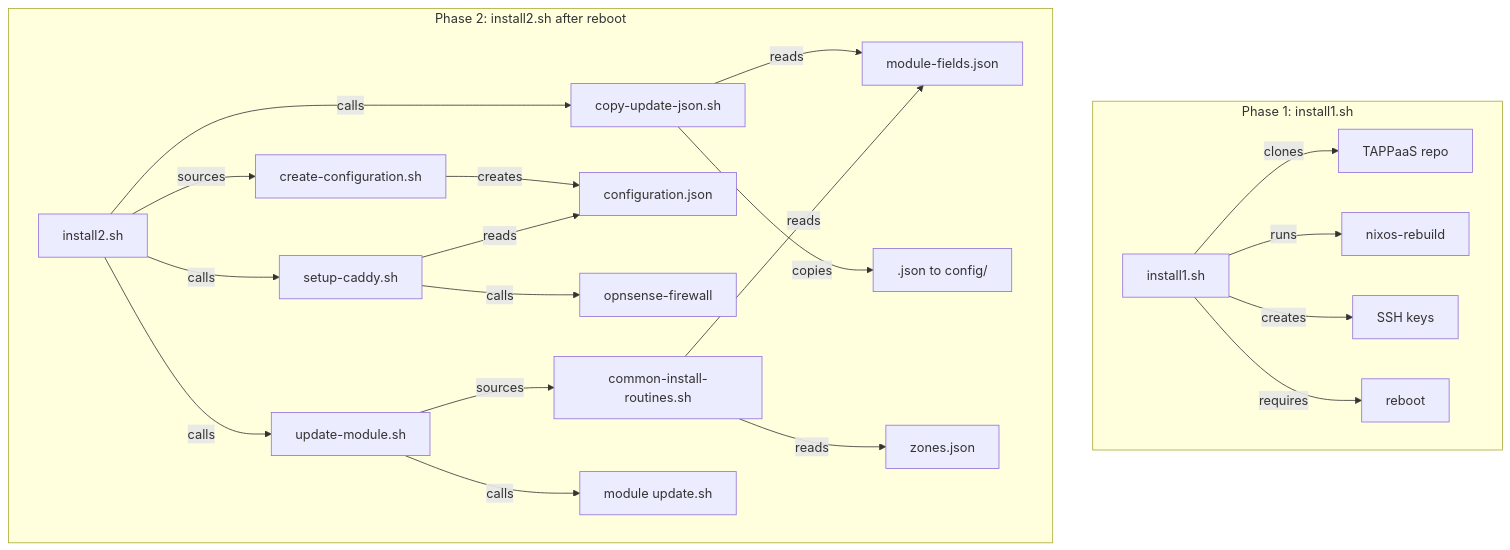
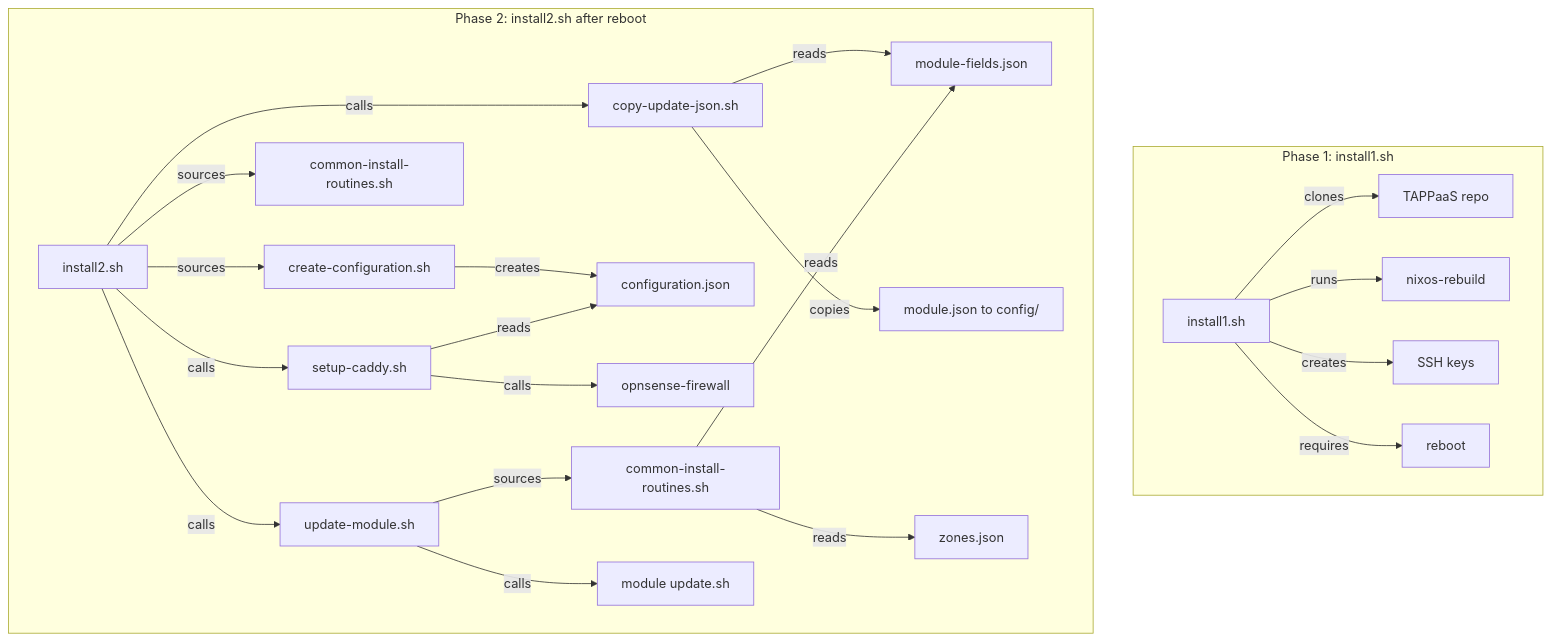
One commit to TAPPaaS/TAPPaaS changed the first of 11 diagrams in src/foundation/DEPENDENCIES.md. Above: the diagram before and after it, drawn with Mermaid. The commit also changed other lines of this file and 4 other files, not shown here.

````diff
--- a/src/foundation/DEPENDENCIES.md
+++ b/src/foundation/DEPENDENCIES.md
@@ -65,30 +79,31 @@
 ```mermaid
 graph TD
     subgraph "Phase 1: install1.sh"
         A[install1.sh] -->|clones| B[TAPPaaS repo]
         A -->|runs| C[nixos-rebuild]
         A -->|creates| D[SSH keys]
         A -->|requires| E[reboot]
     end
 
     subgraph "Phase 2: install2.sh after reboot"
         F[install2.sh] -->|sources| G[create-configuration.sh]
+        F -->|sources| CIR1[common-install-routines.sh]
         F -->|calls| N[copy-update-json.sh]
         F -->|calls| H[setup-caddy.sh]
         F -->|calls| I[update-module.sh]
 
         G -->|creates| J[configuration.json]
 
         N -->|reads| P[module-fields.json]
-        N -->|copies| R["<module>.json to config/"]
+        N -->|copies| R["module.json to config/"]
 
         H -->|reads| J
         H -->|calls| K[opnsense-firewall]
 
         I -->|sources| L[common-install-routines.sh]
         I -->|calls| M["module update.sh"]
 
         L -->|reads| P
         L -->|reads| Q[zones.json]
     end
 ```
````
